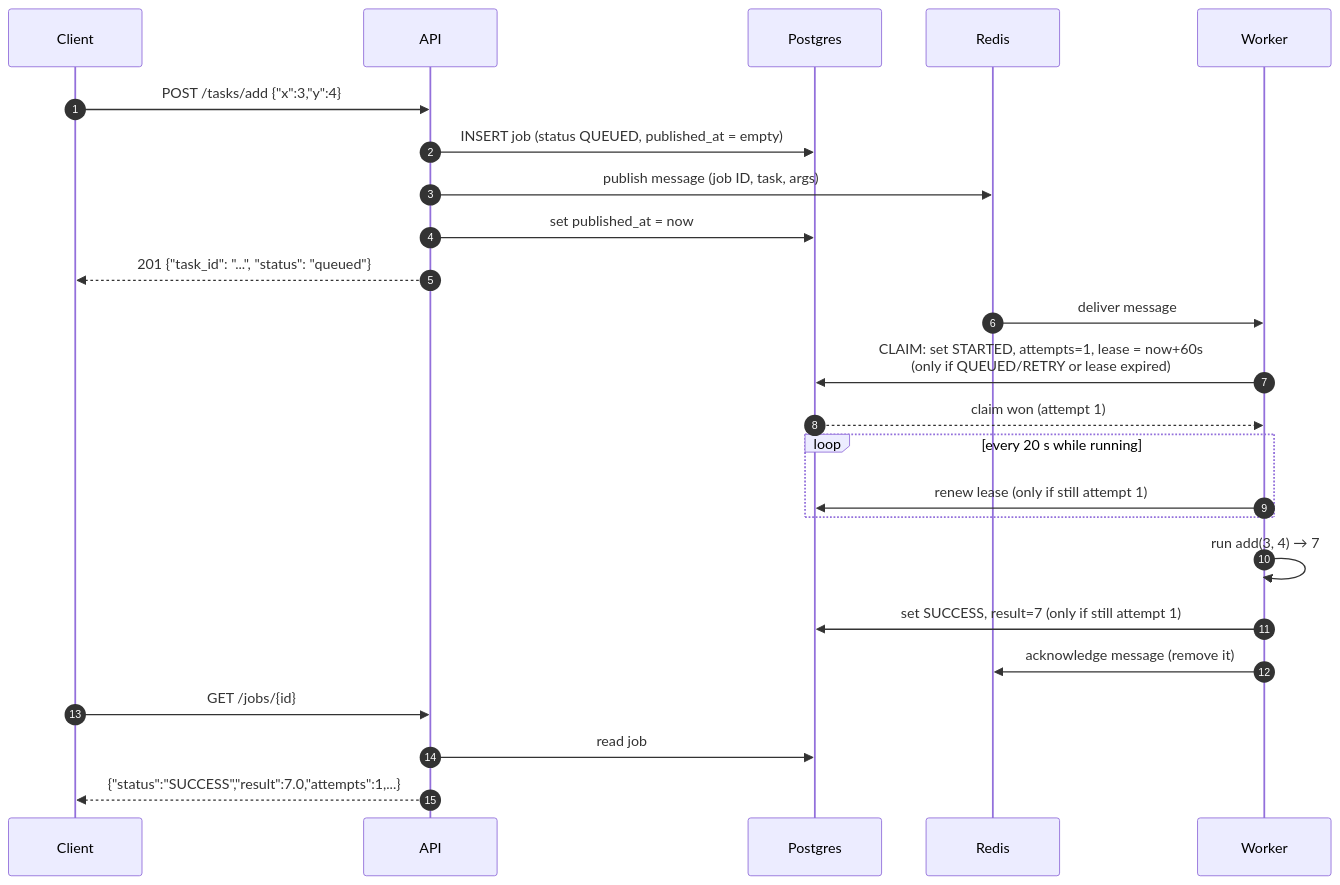
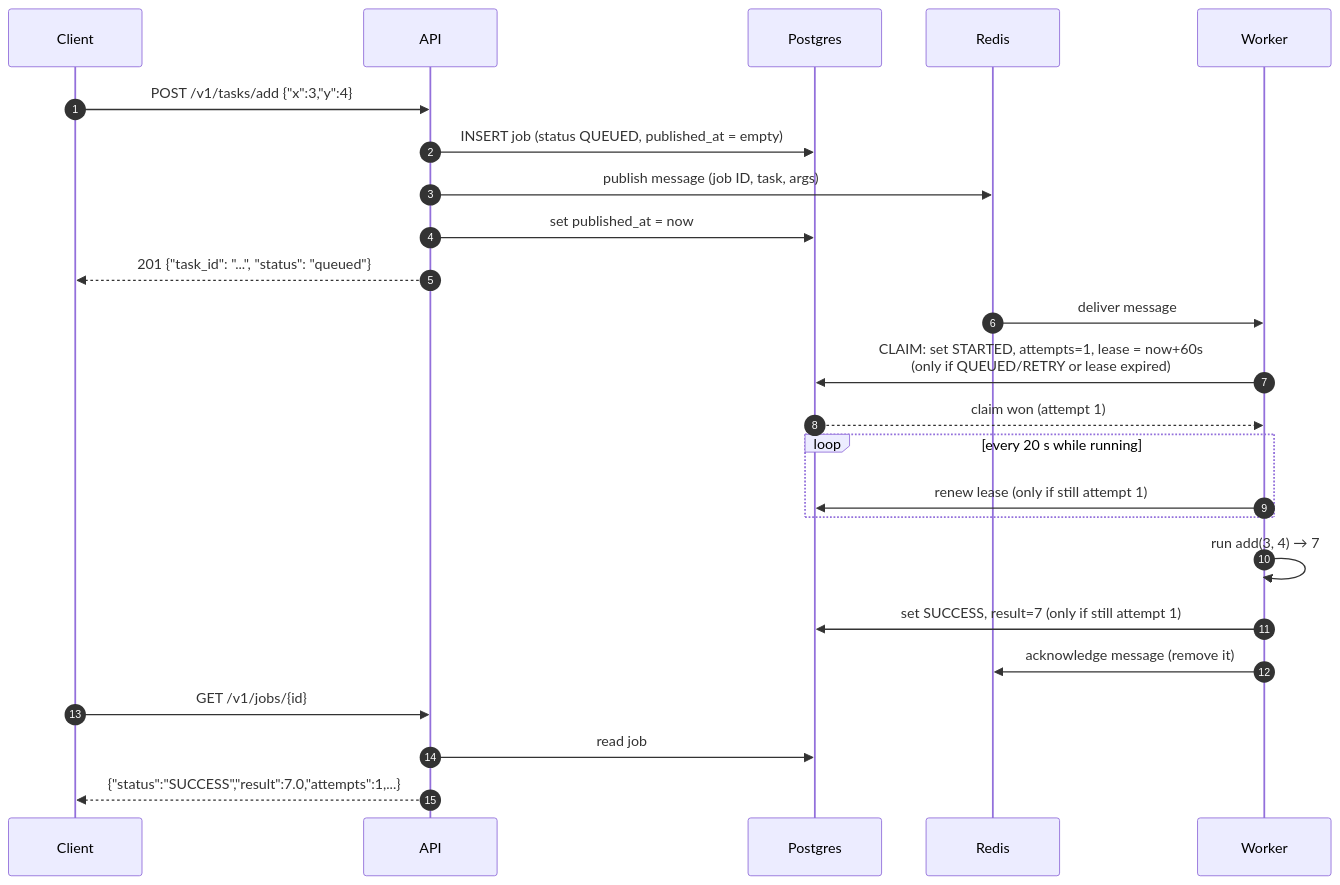
The second of 3 diagrams in docs/03-architecture.md (ravibhushan29/JobScheduler), drawn with Mermaid before and after one commit. The commit also changed other lines of this file and 101 other files, not shown here.

````diff
--- a/docs/03-architecture.md
+++ b/docs/03-architecture.md
@@ -103,29 +103,29 @@
 ```mermaid
 sequenceDiagram
     autonumber
     participant C as Client
     participant A as API
     participant D as Postgres
     participant R as Redis
     participant W as Worker
 
-    C->>A: POST /tasks/add {"x":3,"y":4}
+    C->>A: POST /v1/tasks/add {"x":3,"y":4}
     A->>D: INSERT job (status QUEUED, published_at = empty)
     A->>R: publish message (job ID, task, args)
     A->>D: set published_at = now
     A-->>C: 201 {"task_id": "...", "status": "queued"}
 
     R->>W: deliver message
     W->>D: CLAIM: set STARTED, attempts=1, lease = now+60s<br/>(only if QUEUED/RETRY or lease expired)
     D-->>W: claim won (attempt 1)
     loop every 20 s while running
         W->>D: renew lease (only if still attempt 1)
     end
     W->>W: run add(3, 4) → 7
     W->>D: set SUCCESS, result=7 (only if still attempt 1)
     W->>R: acknowledge message (remove it)
 
-    C->>A: GET /jobs/{id}
+    C->>A: GET /v1/jobs/{id}
     A->>D: read job
     A-->>C: {"status":"SUCCESS","result":7.0,"attempts":1,...}
 ```
````
